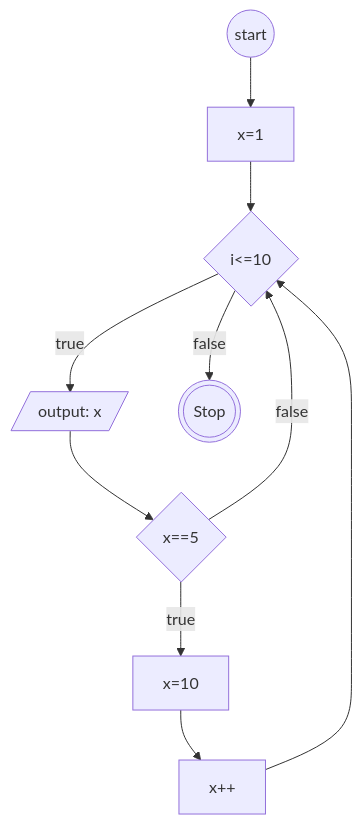
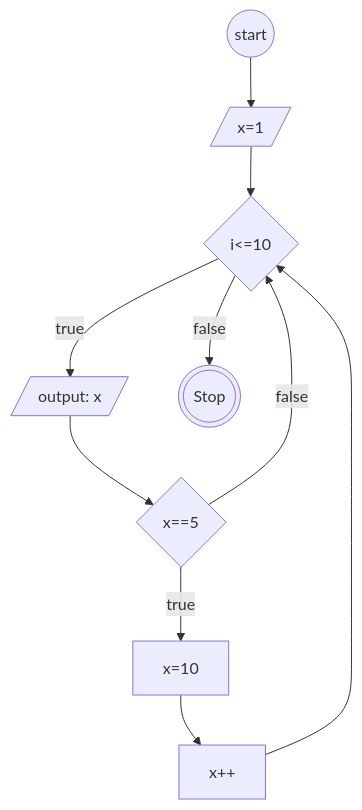
Before and after one commit to mslthn/koda-b6-javascript1: the diagram in flowchart-loop.md, drawn with Mermaid.

````diff
--- a/flowchart-loop.md
+++ b/flowchart-loop.md
@@ -2,19 +2,19 @@
 ```mermaid
 flowchart TD
 start@{shape: circ}
-init@{shape: rect, label: "x=1"}
+init@{shape: lean-r, label: "x=1"}
 for@{shape: diamond, label: "i<=10"}
 cons@{shape: lean-r, label: "output: x"}
 if@{shape: diamond, label: "x==5"}
 ifTrue@{shape: rect, label: "x=10"}
 update@{shape: rect, label: "x++"}
 forStop@{shape: dbl-circ, label: "Stop"}
 
 
 start-->init-->for-->|true| cons-->if
 if-->|true| ifTrue 
 if-->|false| for
 for-->|false| forStop
 
 ifTrue-->update-->for
 ```
````
